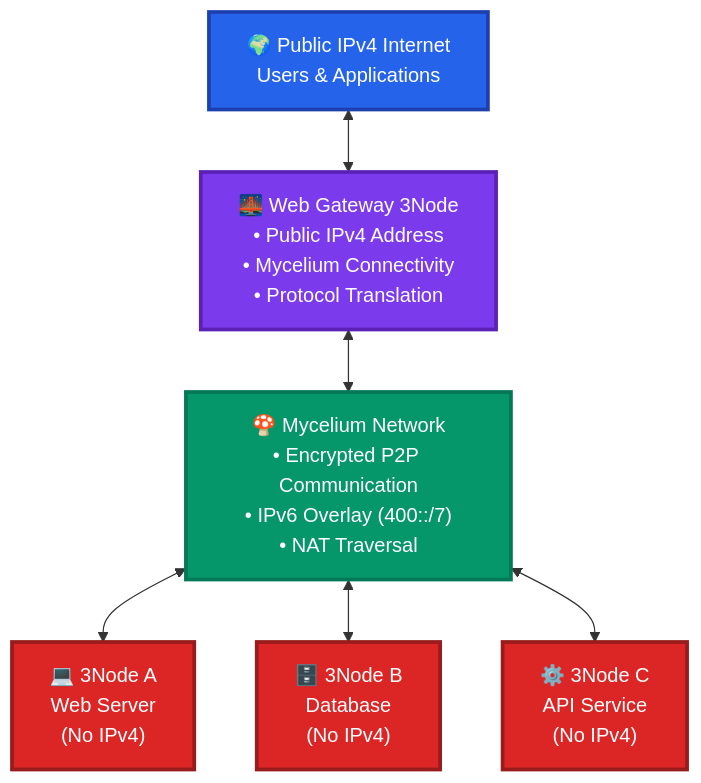
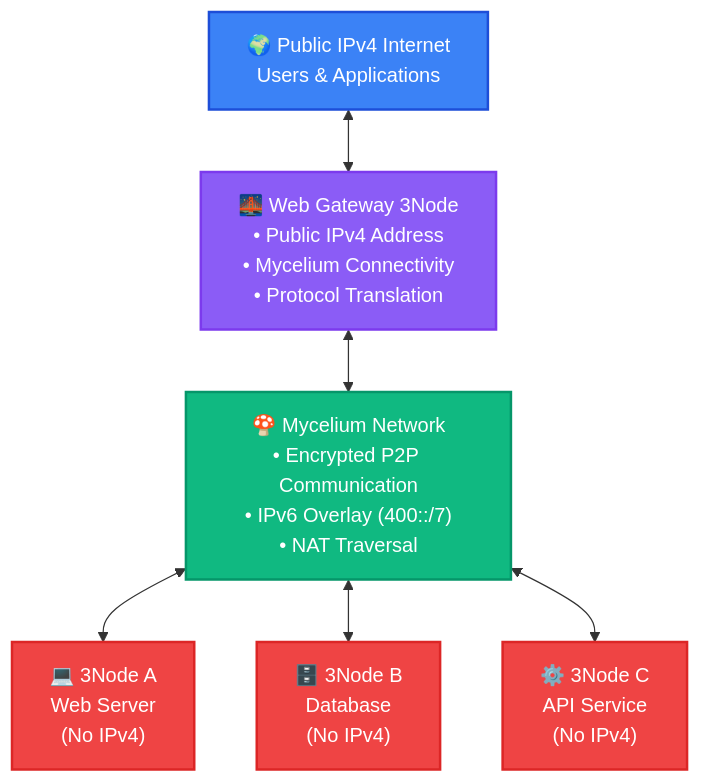
Before and after one commit to threefoldtech/info_grid: the second of 3 diagrams in labs/docs/documentation/farmers/advanced_networking_toc/web_gateway/web_gateway_architecture.md, drawn with Mermaid. The commit also changed other lines of this file and 1 other file, not shown here.

Commit message:
web gateway light dark mermaid

````diff
--- a/labs/docs/documentation/farmers/advanced_networking_toc/web_gateway/web_gateway_architecture.md
+++ b/labs/docs/documentation/farmers/advanced_networking_toc/web_gateway/web_gateway_architecture.md
@@ -71,22 +76,25 @@
 ```mermaid
 flowchart TD
     Internet["🌍 Public IPv4 Internet<br/>Users & Applications"]
     Gateway["🌉 Web Gateway 3Node<br/>• Public IPv4 Address<br/>• Mycelium Connectivity<br/>• Protocol Translation"]
     Mycelium["🍄 Mycelium Network<br/>• Encrypted P2P Communication<br/>• IPv6 Overlay (400::/7)<br/>• NAT Traversal"]
     Node1["💻 3Node A<br/>Web Server<br/>(No IPv4)"]
     Node2["🗄️ 3Node B<br/>Database<br/>(No IPv4)"]
     Node3["⚙️ 3Node C<br/>API Service<br/>(No IPv4)"]
     
     Internet <--> Gateway
     Gateway <--> Mycelium
     Mycelium <--> Node1
     Mycelium <--> Node2
     Mycelium <--> Node3
     
-    style Internet fill:#2563eb,stroke:#1e40af,stroke-width:3px,color:#ffffff
-    style Gateway fill:#7c3aed,stroke:#5b21b6,stroke-width:3px,color:#ffffff
-    style Mycelium fill:#059669,stroke:#047857,stroke-width:3px,color:#ffffff
-    style Node1 fill:#dc2626,stroke:#991b1b,stroke-width:3px,color:#ffffff
-    style Node2 fill:#dc2626,stroke:#991b1b,stroke-width:3px,color:#ffffff
-    style Node3 fill:#dc2626,stroke:#991b1b,stroke-width:3px,color:#ffffff
+    classDef internetClass fill:#3b82f6,stroke:#1d4ed8,stroke-width:2px,color:#ffffff
+    classDef gatewayClass fill:#8b5cf6,stroke:#7c3aed,stroke-width:2px,color:#ffffff
+    classDef myceliumClass fill:#10b981,stroke:#059669,stroke-width:2px,color:#ffffff
+    classDef nodeClass fill:#ef4444,stroke:#dc2626,stroke-width:2px,color:#ffffff
+    
+    class Internet internetClass
+    class Gateway gatewayClass
+    class Mycelium myceliumClass
+    class Node1,Node2,Node3 nodeClass
 ```
````
